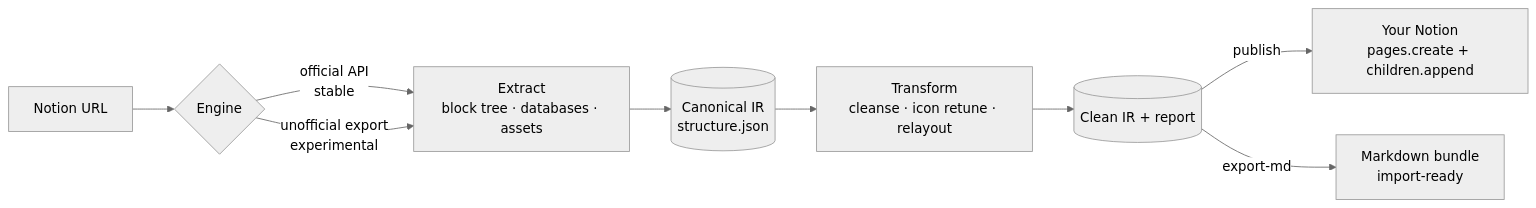
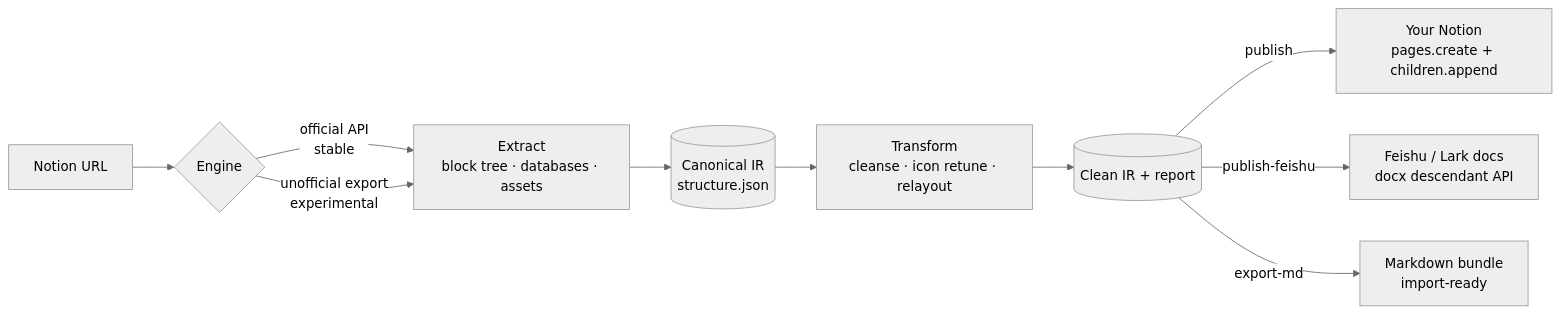
One commit to yuhao-xin/Page-Alchemist changed the diagram in README.md. Above: the diagram before and after it, drawn with Mermaid (neutral theme). The commit also changed other lines of this file and 53 other files, not shown here.

````diff
--- a/README.md
+++ b/README.md
@@ -51,11 +51,12 @@
 ```mermaid
 flowchart LR
     U[Notion URL] --> B{Engine}
     B -->|official API<br/>stable| X[Extract<br/>block tree · databases · assets]
     B -->|unofficial export<br/>experimental| X
     X --> IR[(Canonical IR<br/>structure.json)]
     IR --> T[Transform<br/>cleanse · icon retune · relayout]
     T --> CIR[(Clean IR + report)]
     CIR -->|publish| P[Your Notion<br/>pages.create + children.append]
+    CIR -->|publish-feishu| F[Feishu / Lark docs<br/>docx descendant API]
     CIR -->|export-md| M[Markdown bundle<br/>import-ready]
 ```
````
